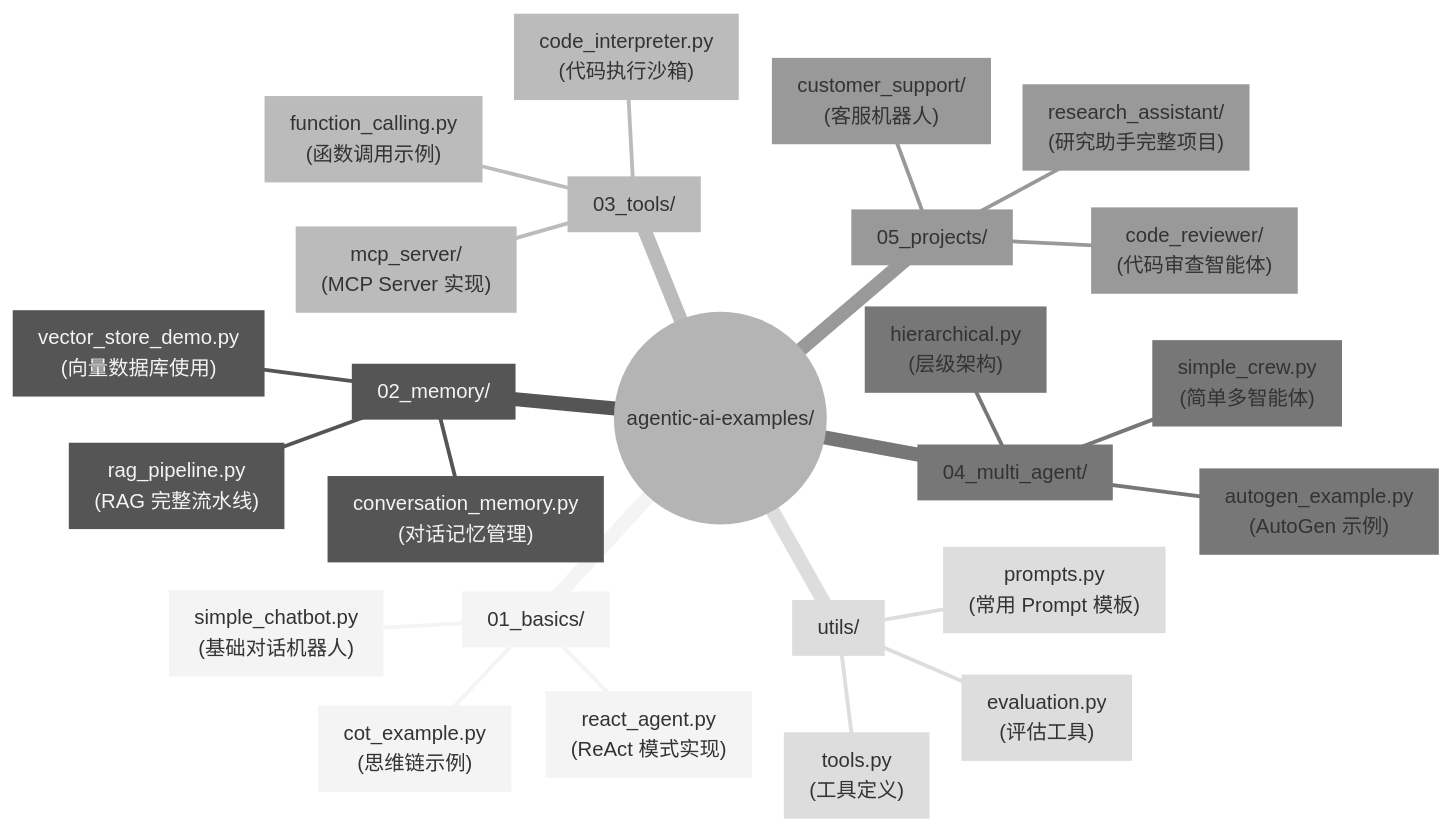
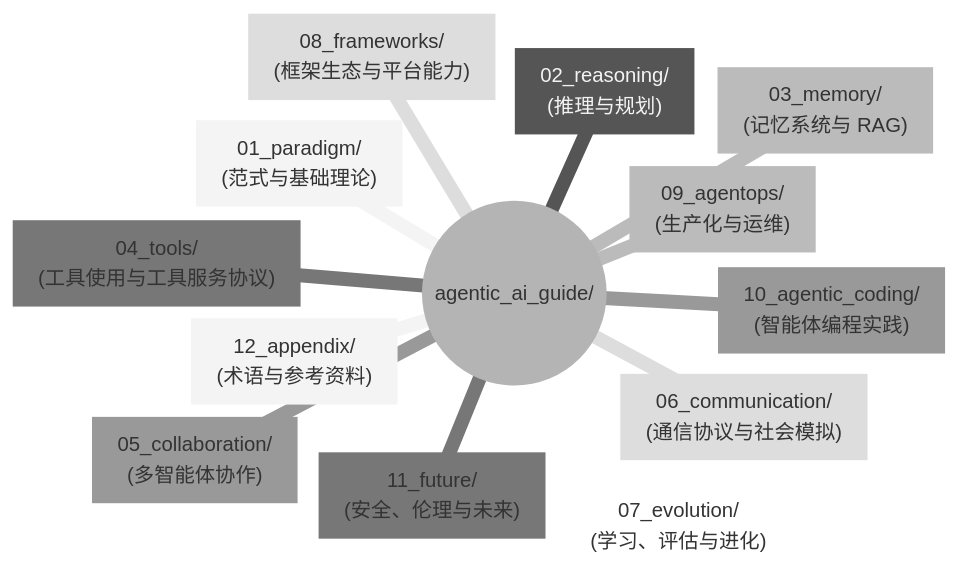
The diagram in 12_appendix/12.3_code_examples.md (yeasy/agentic_ai_guide), drawn with Mermaid (neutral theme) before and after one commit. The commit also changed other lines of this file and 88 other files, not shown here.

````diff
--- a/12_appendix/12.3_code_examples.md
+++ b/12_appendix/12.3_code_examples.md
@@ -17,28 +15,16 @@
 ```mermaid
 mindmap
-    root((agentic-ai-examples/))
-        basics["01_basics/"]
-            chatbot["simple_chatbot.py<br>(基础对话机器人)"]
-            cot["cot_example.py<br>(思维链示例)"]
-            react["react_agent.py<br>(ReAct 模式实现)"]
-        memory["02_memory/"]
-            conv_mem["conversation_memory.py<br>(对话记忆管理)"]
-            vector["vector_store_demo.py<br>(向量数据库使用)"]
-            rag["rag_pipeline.py<br>(RAG 完整流水线)"]
-        tools["03_tools/"]
-            func["function_calling.py<br>(函数调用示例)"]
-            mcp["mcp_server/<br>(MCP Server 实现)"]
-            sandbox["code_interpreter.py<br>(代码执行沙箱)"]
-        multi["04_multi_agent/"]
-            crew["simple_crew.py<br>(简单多智能体)"]
-            autogen["autogen_example.py<br>(AutoGen 示例)"]
-            hierarchy["hierarchical.py<br>(层级架构)"]
-        projects["05_projects/"]
-            research["research_assistant/<br>(研究助手完整项目)"]
-            review["code_reviewer/<br>(代码审查智能体)"]
-            support["customer_support/<br>(客服机器人)"]
-        utils["utils/"]
-            prompts["prompts.py<br>(常用 Prompt 模板)"]
-            tools_util["tools.py<br>(工具定义)"]
-            eval["evaluation.py<br>(评估工具)"]
+    root((agentic_ai_guide/))
+        p1["01_paradigm/<br>(范式与基础理论)"]
+        p2["02_reasoning/<br>(推理与规划)"]
+        p3["03_memory/<br>(记忆系统与 RAG)"]
+        p4["04_tools/<br>(工具使用与工具服务协议)"]
+        p5["05_collaboration/<br>(多智能体协作)"]
+        p6["06_communication/<br>(通信协议与社会模拟)"]
+        p7["07_evolution/<br>(学习、评估与进化)"]
+        p8["08_frameworks/<br>(框架生态与平台能力)"]
+        p9["09_agentops/<br>(生产化与运维)"]
+        p10["10_agentic_coding/<br>(智能体编程实践)"]
+        p11["11_future/<br>(安全、伦理与未来)"]
+        p12["12_appendix/<br>(术语与参考资料)"]
 ```
````
